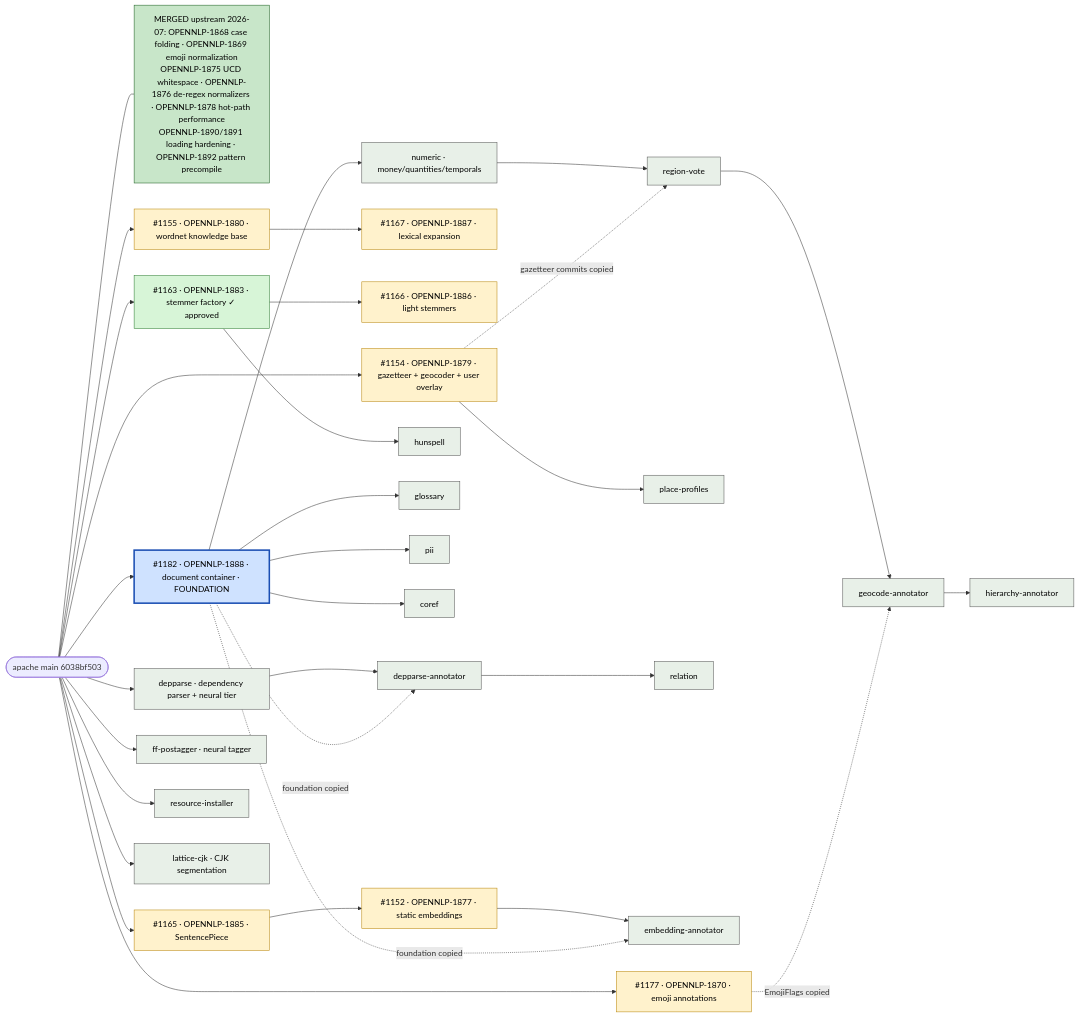
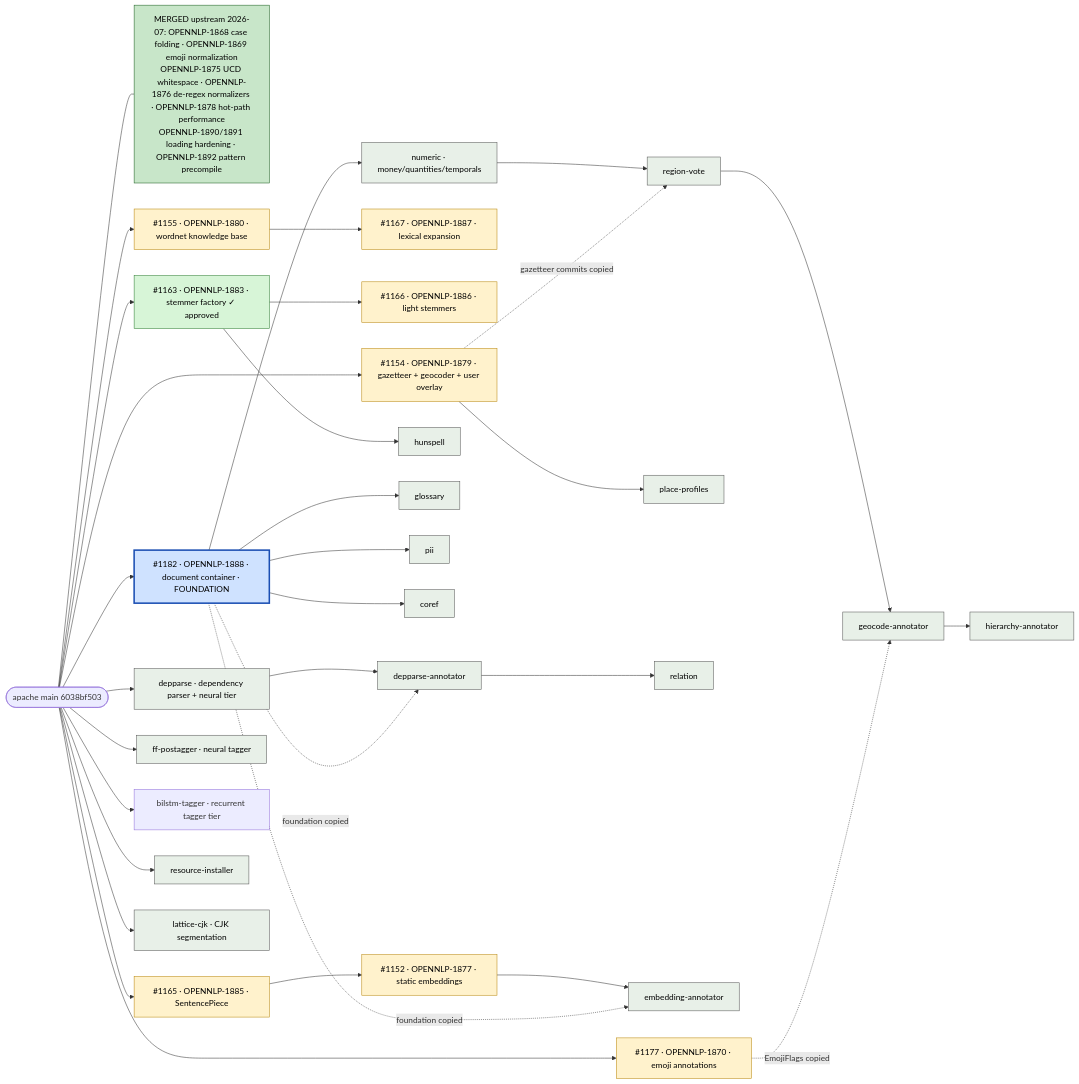
Before and after one commit to ai-pipestream/opennlp: the diagram in RESEARCH_BRANCHES.md, drawn with Mermaid. The commit also changed other lines of this file, not shown here.

Commit message:
docs: Add the recurrent tagger tier to the branch inventory

````diff
--- a/RESEARCH_BRANCHES.md
+++ b/RESEARCH_BRANCHES.md
@@ -9,57 +9,58 @@
 ```mermaid
 flowchart LR
   main([apache main 6038bf503])
 
   merged["MERGED upstream 2026-07: OPENNLP-1868 case folding · OPENNLP-1869 emoji normalization<br/>OPENNLP-1875 UCD whitespace · OPENNLP-1876 de-regex normalizers · OPENNLP-1878 hot-path performance<br/>OPENNLP-1890/1891 loading hardening · OPENNLP-1892 pattern precompile"]
   main --- merged
 
   %% ---- open pull requests against apache/opennlp ----
   main --> p1177["#1177 · OPENNLP-1870 · emoji annotations"]
   main --> p1182["#1182 · OPENNLP-1888 · document container · FOUNDATION"]
   main --> d1154["#1154 · OPENNLP-1879 · gazetteer + geocoder + user overlay"]
   main --> d1155["#1155 · OPENNLP-1880 · wordnet knowledge base"]
   d1155 --> d1167["#1167 · OPENNLP-1887 · lexical expansion"]
   main --> d1163["#1163 · OPENNLP-1883 · stemmer factory ✓ approved"]
   d1163 --> d1166["#1166 · OPENNLP-1886 · light stemmers"]
   main --> d1165["#1165 · OPENNLP-1885 · SentencePiece"]
   d1165 --> d1152["#1152 · OPENNLP-1877 · static embeddings"]
 
   %% ---- staged engines (this fork only) ----
   main --> depp["depparse · dependency parser + neural tier"]
   main --> fftag["ff-postagger · neural tagger"]
+  main --> bilstm["bilstm-tagger · recurrent tagger tier"]
   main --> inst["resource-installer"]
   main --> cjk["lattice-cjk · CJK segmentation"]
   d1163 --> huns["hunspell"]
   d1154 --> prof["place-profiles"]
 
   %% ---- staged annotators over the document container ----
   p1182 --> glos["glossary"]
   p1182 --> pii["pii"]
   p1182 --> coref["coref"]
   p1182 --> num["numeric · money/quantities/temporals"]
 
   depp --> deppa["depparse-annotator"]
   p1182 -. foundation copied .-> deppa
   deppa --> rel["relation"]
 
   d1152 --> emb["embedding-annotator"]
   p1182 -. foundation copied .-> emb
 
   num --> rvote["region-vote"]
   d1154 -. gazetteer commits copied .-> rvote
   rvote --> geo["geocode-annotator"]
   p1177 -. EmojiFlags copied .-> geo
   geo --> hier["hierarchy-annotator"]
 
   classDef mergedC fill:#c8e6c9,stroke:#1b5e20,color:#000;
   classDef approved fill:#d7f5d7,stroke:#2e7d32,color:#000;
   classDef draft fill:#fff2cc,stroke:#b8860b,color:#000;
   classDef foundation fill:#cfe2ff,stroke:#1c4fb3,color:#000,stroke-width:3px;
   classDef cut fill:#e8f0e8,stroke:#555,color:#000;
 
   class merged mergedC;
   class d1163 approved;
   class p1177,d1152,d1154,d1155,d1165,d1166,d1167 draft;
   class p1182 foundation;
   class depp,fftag,inst,cjk,huns,prof,glos,pii,coref,num,deppa,rel,geo,hier,rvote,emb cut;
 ```
````
